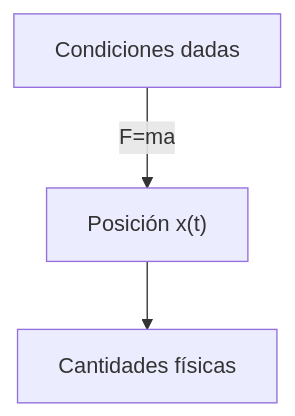
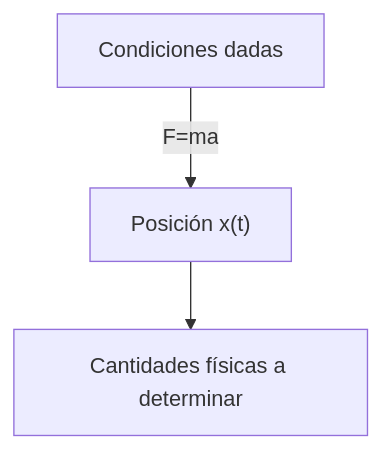
One commit to yunseo-kim/yunseo-kim.github.io changed the first of 2 diagrams in _posts/es/2024-10-08-schrodinger-equation-and-the-wave-function.md. Above: the diagram before and after it, drawn with Mermaid. The commit also changed other lines of this file and 84 other files, not shown here.

````diff
--- a/_posts/es/2024-10-08-schrodinger-equation-and-the-wave-function.md
+++ b/_posts/es/2024-10-08-schrodinger-equation-and-the-wave-function.md
@@ -40,5 +35,5 @@
 ```mermaid
 flowchart TD
 	conditions["Condiciones dadas"] -- F=ma --> x["Posición x(t)"]
-	x --> quantities["Cantidades físicas"]
+	x --> quantities["Cantidades físicas a determinar"]
 ```
````
